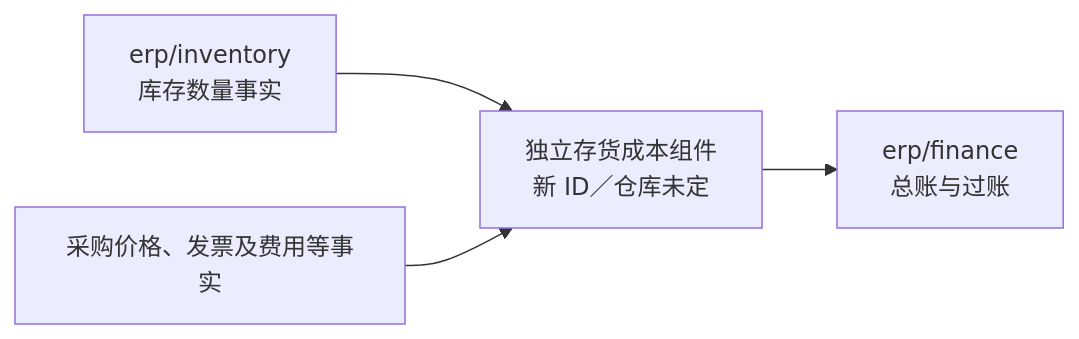
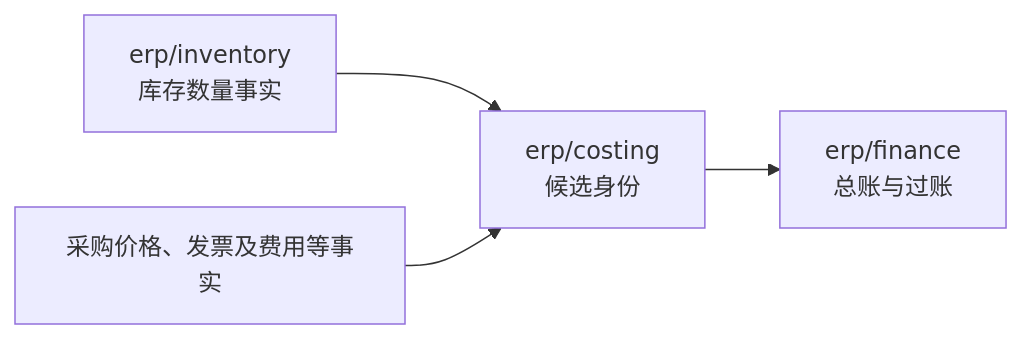
One commit to brickKit/be-assembly-standard changed the first of 4 diagrams in tempDocs/replacements/finance-and-settlement.md. Above: the diagram before and after it, drawn with Mermaid. The commit also changed other lines of this file and 25 other files, not shown here.

````diff
--- a/tempDocs/replacements/finance-and-settlement.md
+++ b/tempDocs/replacements/finance-and-settlement.md
@@ -34,6 +34,6 @@
 ```mermaid
 flowchart LR
-    I[erp/inventory<br/>库存数量事实] --> C[独立存货成本组件<br/>新 ID／仓库未定]
+    I[erp/inventory<br/>库存数量事实] --> C[erp/costing<br/>候选身份]
     P[采购价格、发票及费用等事实] --> C
     C --> F[erp/finance<br/>总账与过账]
 ```
````
